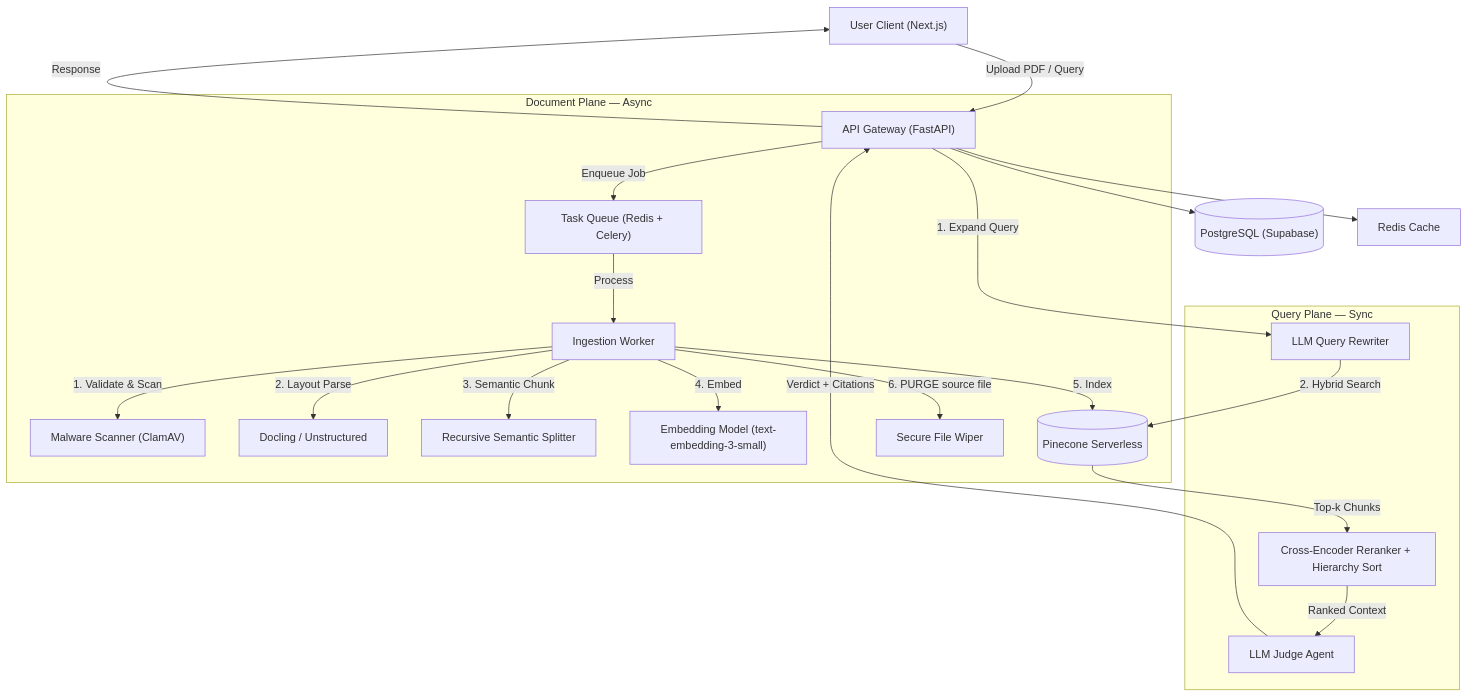
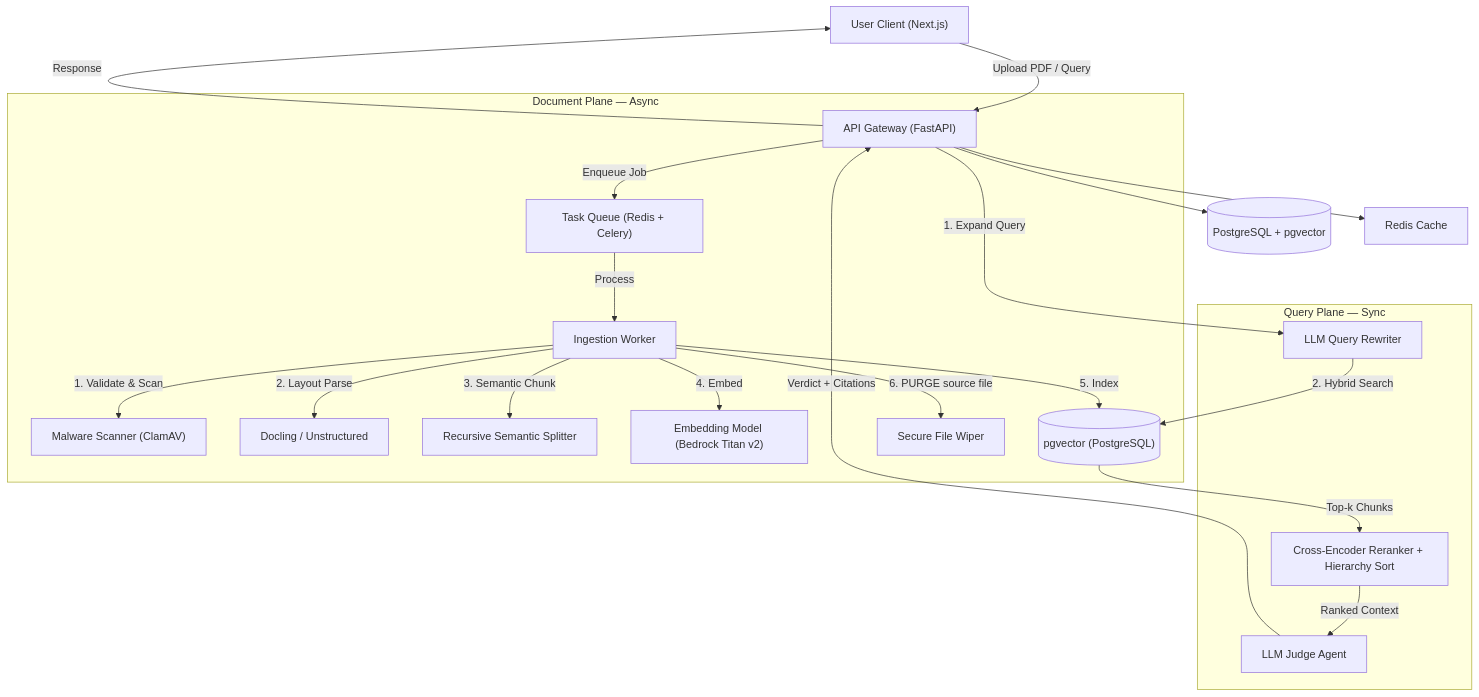
Before and after one commit to gndumbri/arbiter-ai: the first of 5 diagrams in plan.md, drawn with Mermaid. The commit also changed other lines of this file and 68 other files, not shown here.

Commit message:
feat: Migrate to pgvector and AWS Bedrock, introduce `APP_MODE` environment management, and upgrade NextAuth.

````diff
--- a/plan.md
+++ b/plan.md
@@ -38,27 +38,27 @@
 ```mermaid
 graph TD
     User["User Client (Next.js)"] -->|Upload PDF / Query| API["API Gateway (FastAPI)"]
 
     subgraph "Document Plane — Async"
         API -->|Enqueue Job| Queue["Task Queue (Redis + Celery)"]
         Queue -->|Process| Worker["Ingestion Worker"]
         Worker -->|1. Validate & Scan| Scanner["Malware Scanner (ClamAV)"]
         Worker -->|2. Layout Parse| Parser["Docling / Unstructured"]
         Worker -->|3. Semantic Chunk| Chunker["Recursive Semantic Splitter"]
-        Worker -->|4. Embed| Embedder["Embedding Model (text-embedding-3-small)"]
-        Worker -->|5. Index| VectorDB[("Pinecone Serverless")]
+        Worker -->|4. Embed| Embedder["Embedding Model (Bedrock Titan v2)"]
+        Worker -->|5. Index| VectorDB[("pgvector (PostgreSQL)")]
         Worker -->|6. PURGE source file| Cleaner["Secure File Wiper"]
     end
 
     subgraph "Query Plane — Sync"
         API -->|1. Expand Query| QueryLLM["LLM Query Rewriter"]
         QueryLLM -->|2. Hybrid Search| VectorDB
         VectorDB -->|Top-k Chunks| Reranker["Cross-Encoder Reranker + Hierarchy Sort"]
         Reranker -->|Ranked Context| Judge["LLM Judge Agent"]
         Judge -->|Verdict + Citations| API
     end
 
     API -->|Response| User
-    API --> DB[("PostgreSQL (Supabase)")]
+    API --> DB[("PostgreSQL + pgvector")]
     API --> Cache["Redis Cache"]
 ```
````
